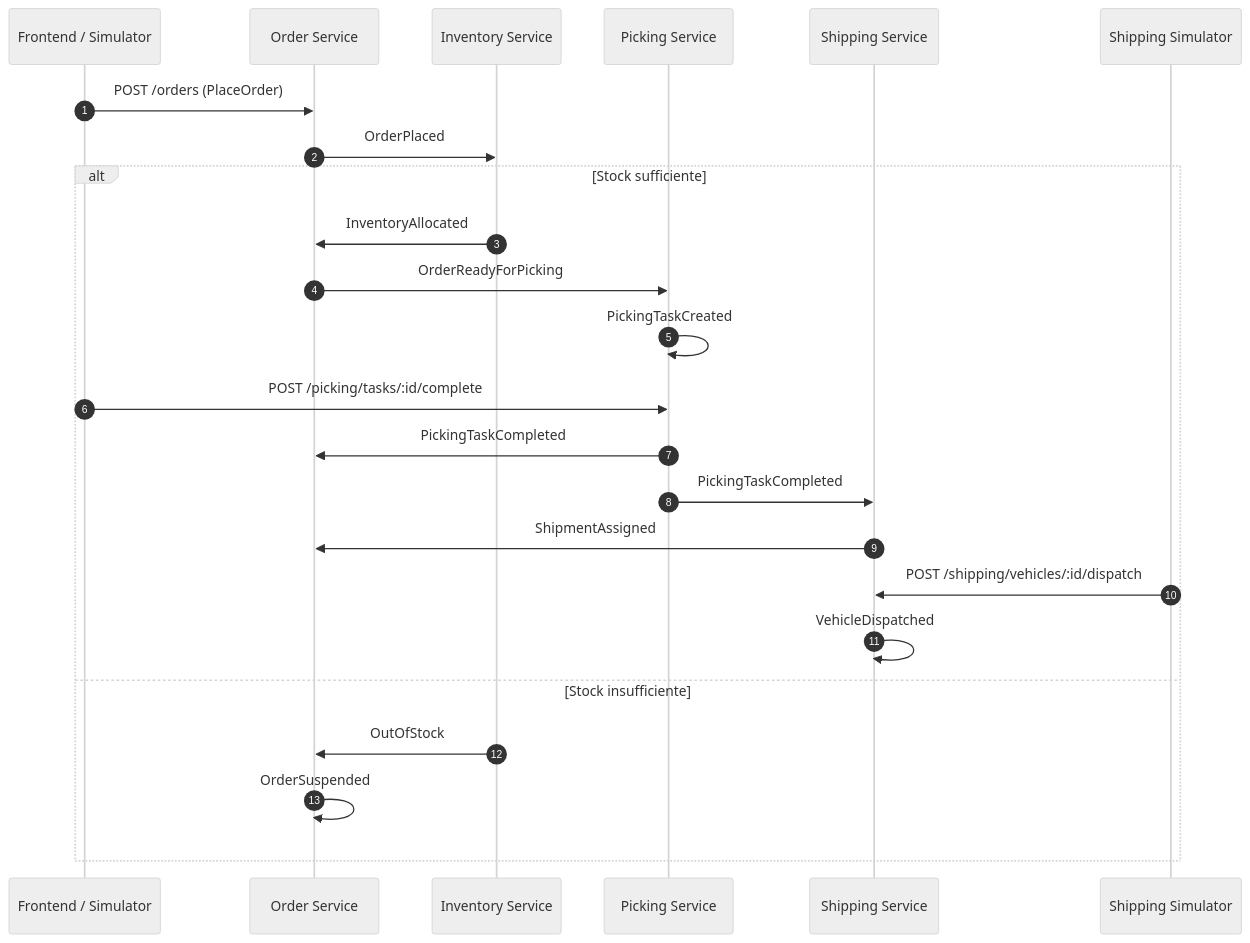
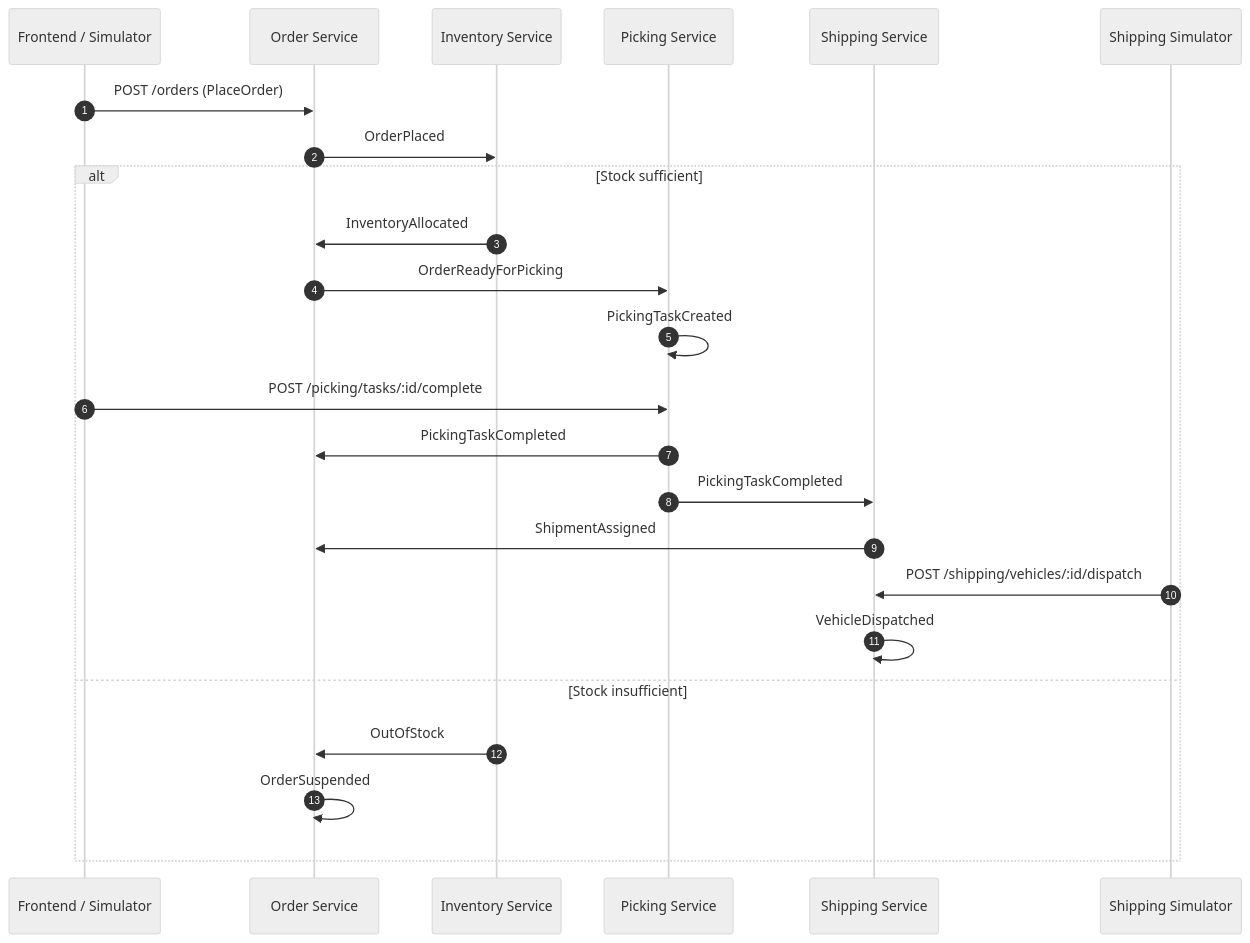
One commit to matteoventuri7/WHS changed the sixth of 11 diagrams in docs/software-architecture-report.md. Above: the diagram before and after it, drawn with Mermaid (neutral theme). The commit also changed other lines of this file and 153 other files, not shown here.

Commit message:
Add coverage report files Edit architectural report

````diff
--- a/docs/software-architecture-report.md
+++ b/docs/software-architecture-report.md
@@ -874,27 +648,27 @@
 ```mermaid
 sequenceDiagram
     autonumber
     participant UI as Frontend / Simulator
     participant ORD as Order Service
     participant INV as Inventory Service
     participant PICK as Picking Service
     participant SHIP as Shipping Service
     participant DISP as Shipping Simulator
 
     UI->>ORD: POST /orders (PlaceOrder)
     ORD->>INV: OrderPlaced
-    alt Stock sufficiente
+    alt Stock sufficient
         INV->>ORD: InventoryAllocated
         ORD->>PICK: OrderReadyForPicking
         PICK->>PICK: PickingTaskCreated
         UI->>PICK: POST /picking/tasks/:id/complete
         PICK->>ORD: PickingTaskCompleted
         PICK->>SHIP: PickingTaskCompleted
         SHIP->>ORD: ShipmentAssigned
         DISP->>SHIP: POST /shipping/vehicles/:id/dispatch
         SHIP->>SHIP: VehicleDispatched
-    else Stock insufficiente
+    else Stock insufficient
         INV->>ORD: OutOfStock
         ORD->>ORD: OrderSuspended
     end
 ```
````
